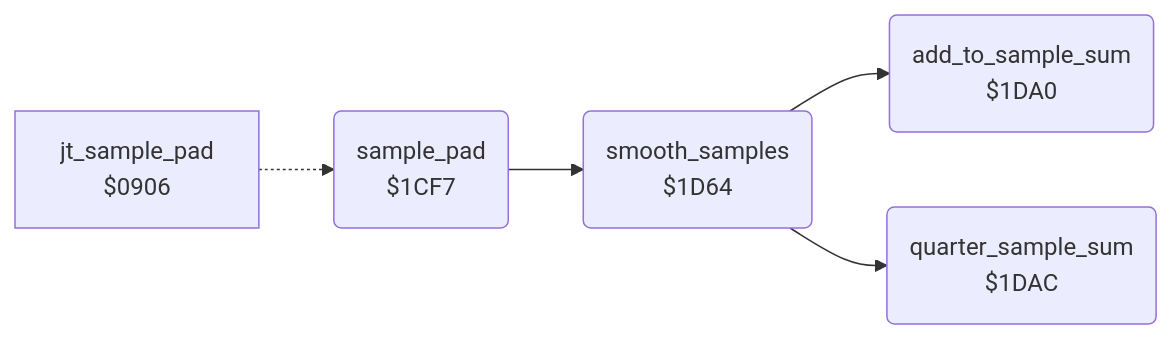
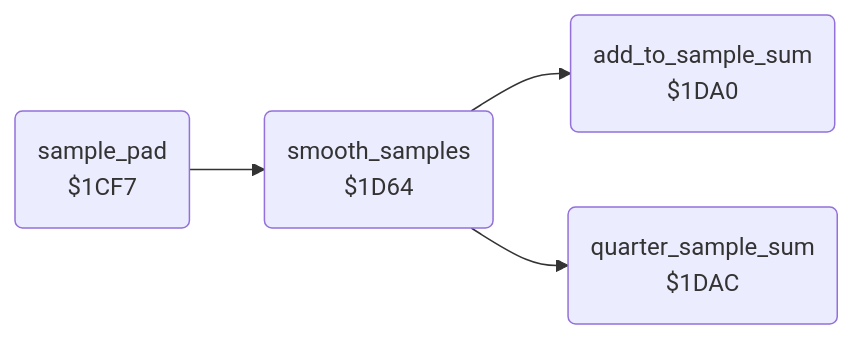
Before and after one commit to henols/c64_games: the diagram in koala_painter/v2/docs/reference/modules/input/pad_smoothing.md, drawn with Mermaid. The commit also changed other lines of this file and 1100 other files, not shown here.

````diff
--- a/koala_painter/v2/docs/reference/modules/input/pad_smoothing.md
+++ b/koala_painter/v2/docs/reference/modules/input/pad_smoothing.md
@@ -10,12 +19,10 @@
 ```mermaid
 flowchart LR
-  n0906["jt_sample_pad<br/>$0906"]
   n1cf7("sample_pad<br/>$1CF7")
   n1d64("smooth_samples<br/>$1D64")
   n1da0("add_to_sample_sum<br/>$1DA0")
   n1dac("quarter_sample_sum<br/>$1DAC")
-  n0906 -.-> n1cf7
   n1cf7 --> n1d64
   n1d64 --> n1da0
   n1d64 --> n1dac
 ```
````
